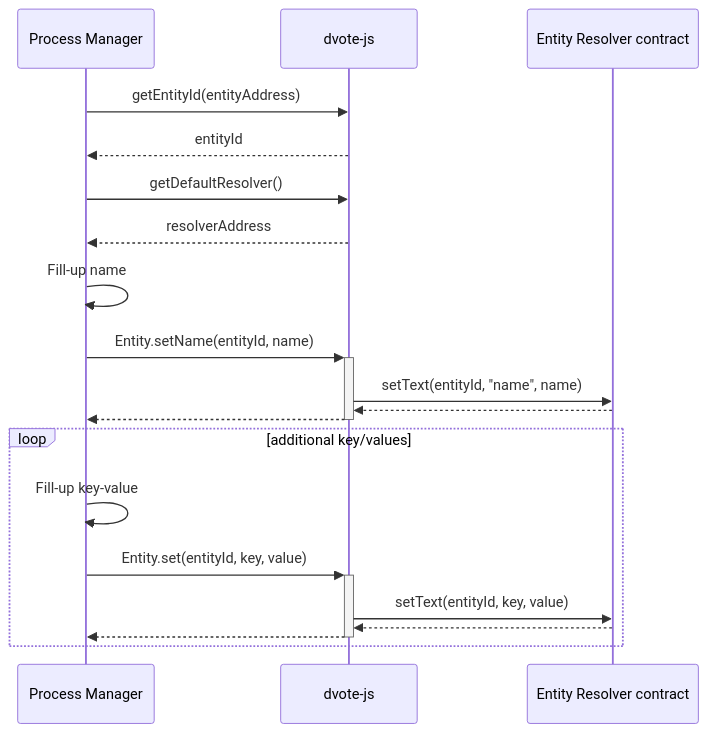
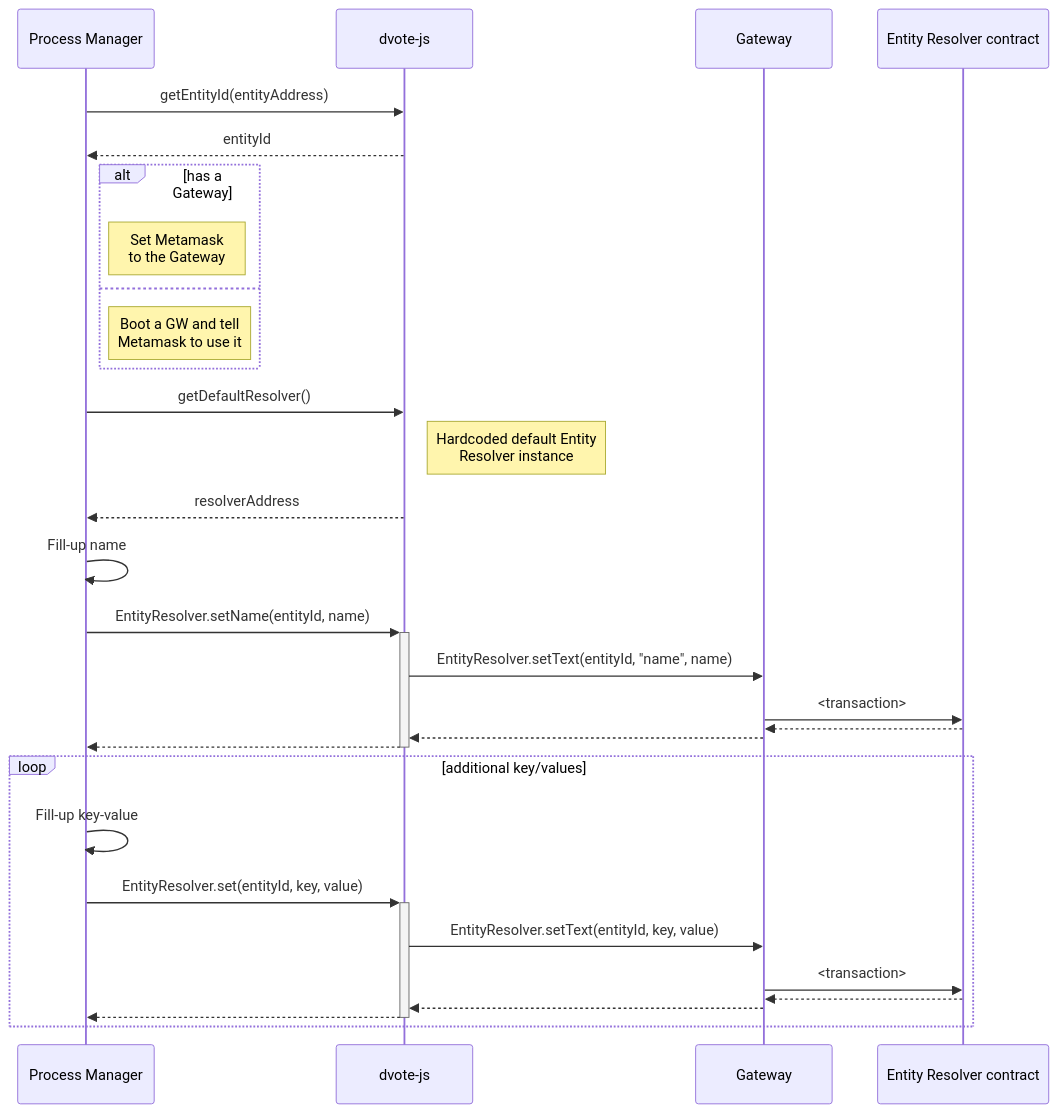
Before and after one commit to vocdoni/docs: the first of 13 diagrams in docs/protocol/sequence-diagrams.md, drawn with Mermaid. The commit also changed other lines of this file and 1 other file, not shown here.

````diff
--- a/docs/protocol/sequence-diagrams.md
+++ b/docs/protocol/sequence-diagrams.md
@@ -71,28 +49,41 @@
 ```mermaid
 
 sequenceDiagram
     participant PM as Process Manager
     participant DV as dvote-js
+    participant GW as Gateway
     participant ER as Entity Resolver contract
 
     PM->>DV: getEntityId(entityAddress)
     DV-->>PM: entityId
 
+    alt has a Gateway
+        Note right of PM: Set Metamask <br/> to the Gateway
+    else
+        Note right of PM: Boot a GW and tell <br/> Metamask to use it
+    end
+
     PM->>DV: getDefaultResolver()
+        Note right of DV: Hardcoded default Entity<br/>Resolver instance
     DV-->>PM: resolverAddress
 
+
     PM->>PM: Fill-up name
-    PM->>+DV: Entity.setName(entityId, name)
-        DV->>ER: setText(entityId, "name", name)
-        ER-->>DV: 
+    PM->>+DV: EntityResolver.setName(entityId, name)
+        DV->>GW: EntityResolver.setText(entityId, "name", name)
+            GW->>ER: <transaction>
+            ER-->>GW: 
+        GW-->>DV: 
     DV-->>-PM: 
 
     loop additional key/values
         PM->>PM: Fill-up key-value
-        PM->>+DV: Entity.set(entityId, key, value)
-            DV->>ER: setText(entityId, key, value)
-            ER-->>DV: 
+        PM->>+DV: EntityResolver.set(entityId, key, value)
+            DV->>GW: EntityResolver.setText(entityId, key, value)
+                GW->>ER: <transaction>
+                ER-->>GW: 
+            GW-->>DV: 
         DV-->>-PM: 
     end
 
 ```
````
